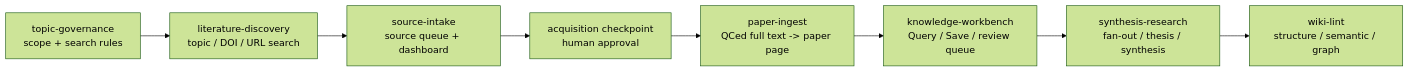
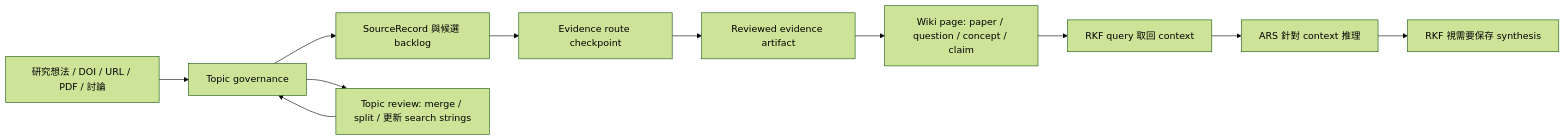
The diagram in README.zh-TW.md (ChenHau-Lan/ResearchWiki), drawn with Mermaid (forest theme) before and after one commit. The commit also changed other lines of this file and 261 other files, not shown here.

````diff
--- a/README.zh-TW.md
+++ b/README.zh-TW.md
@@ -67,10 +62,13 @@
 ```mermaid
 flowchart LR
-    A["literature-discovery<br/>topic / DOI / URL search"] --> B["source-intake<br/>source queue + dashboard"]
-    B --> C["acquisition checkpoint<br/>human approval"]
-    C --> D["paper-ingest<br/>QCed full text -> paper page"]
-    D --> E["knowledge-workbench<br/>Query / Save / review queue"]
-    E --> F["synthesis-research<br/>fan-out / thesis / synthesis"]
-    G["topic-governance<br/>scope + search rules"] --> A
-    F --> H["wiki-lint<br/>structure / semantic / graph"]
+    A["研究想法 / DOI / URL / PDF / 討論"] --> B["Topic governance"]
+    B --> C["SourceRecord 與候選 backlog"]
+    C --> D["Evidence route checkpoint"]
+    D --> E["Reviewed evidence artifact"]
+    E --> F["Wiki page: paper / question / concept / claim"]
+    F --> G["RKF query 取回 context"]
+    G --> H["ARS 針對 context 推理"]
+    H --> I["RKF 視需要保存 synthesis"]
+    B --> J["Topic review: merge / split / 更新 search strings"]
+    J --> B
 ```
````
